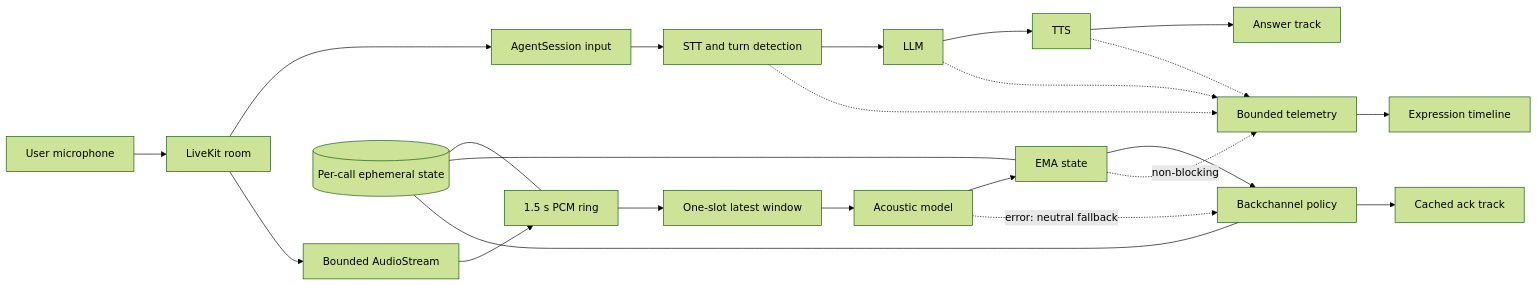
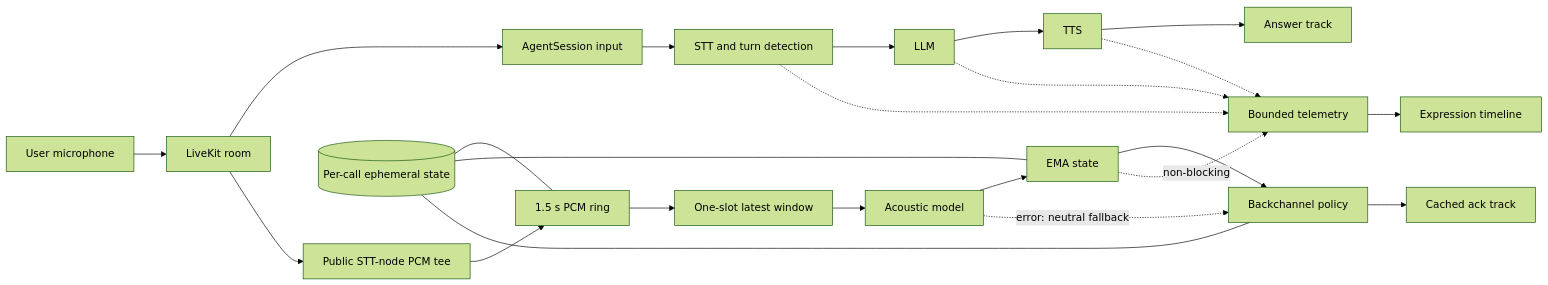
Before and after one commit to AnanteshG/livekit-backchannel: the diagram in docs/acoustic-system-design.md, drawn with Mermaid (forest theme). The commit also changed other lines of this file and 3 other files, not shown here.

````diff
--- a/docs/acoustic-system-design.md
+++ b/docs/acoustic-system-design.md
@@ -15,17 +15,17 @@
 ```mermaid
 flowchart LR
   Mic[User microphone] --> LK[LiveKit room]
   LK --> Core[AgentSession input]
   Core --> STT[STT and turn detection] --> LLM[LLM] --> TTS[TTS] --> Answer[Answer track]
-  LK --> Stream[Bounded AudioStream] --> Ring[1.5 s PCM ring]
+  LK --> Stream[Public STT-node PCM tee] --> Ring[1.5 s PCM ring]
   Ring --> Latest[One-slot latest window] --> Model[Acoustic model]
   Model --> Smooth[EMA state] --> Policy[Backchannel policy] --> Ack[Cached ack track]
   Smooth -. non-blocking .-> Telemetry[Bounded telemetry] --> UI[Expression timeline]
   STT -.-> Telemetry
   LLM -.-> Telemetry
   TTS -.-> Telemetry
   State[(Per-call ephemeral state)] --- Ring
   State --- Smooth
   State --- Policy
   Model -. error: neutral fallback .-> Policy
 ```
````
